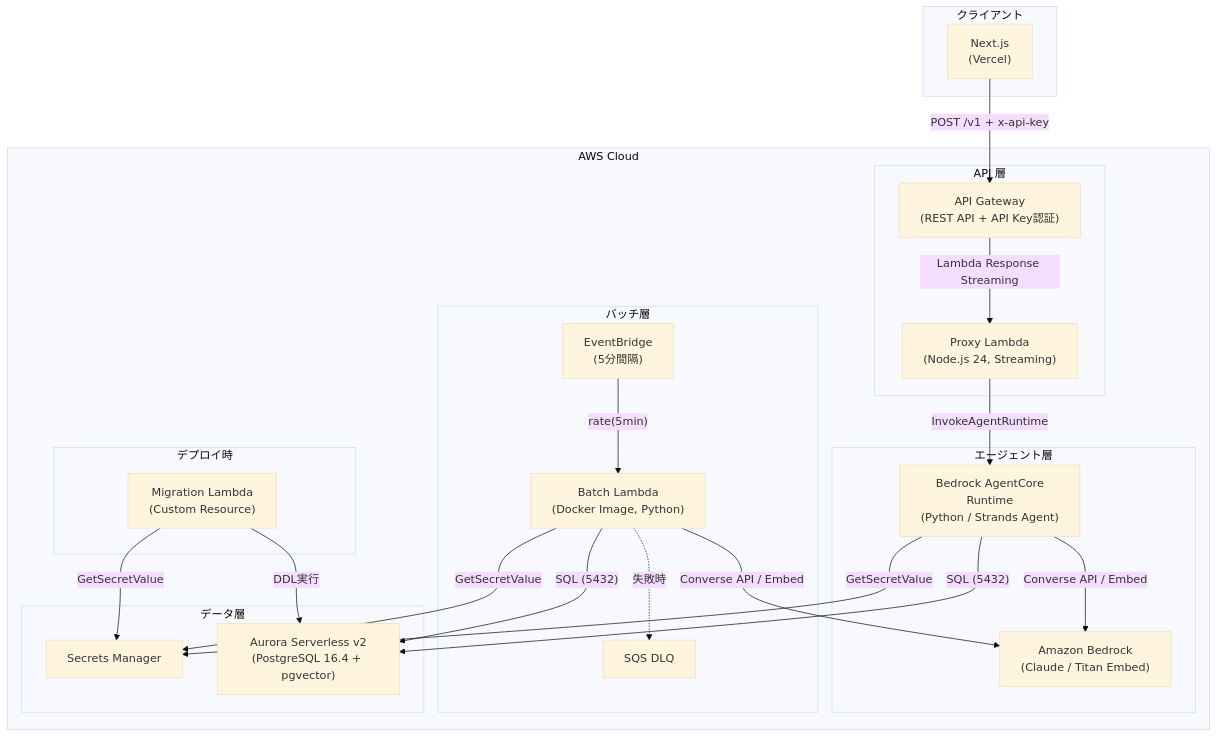
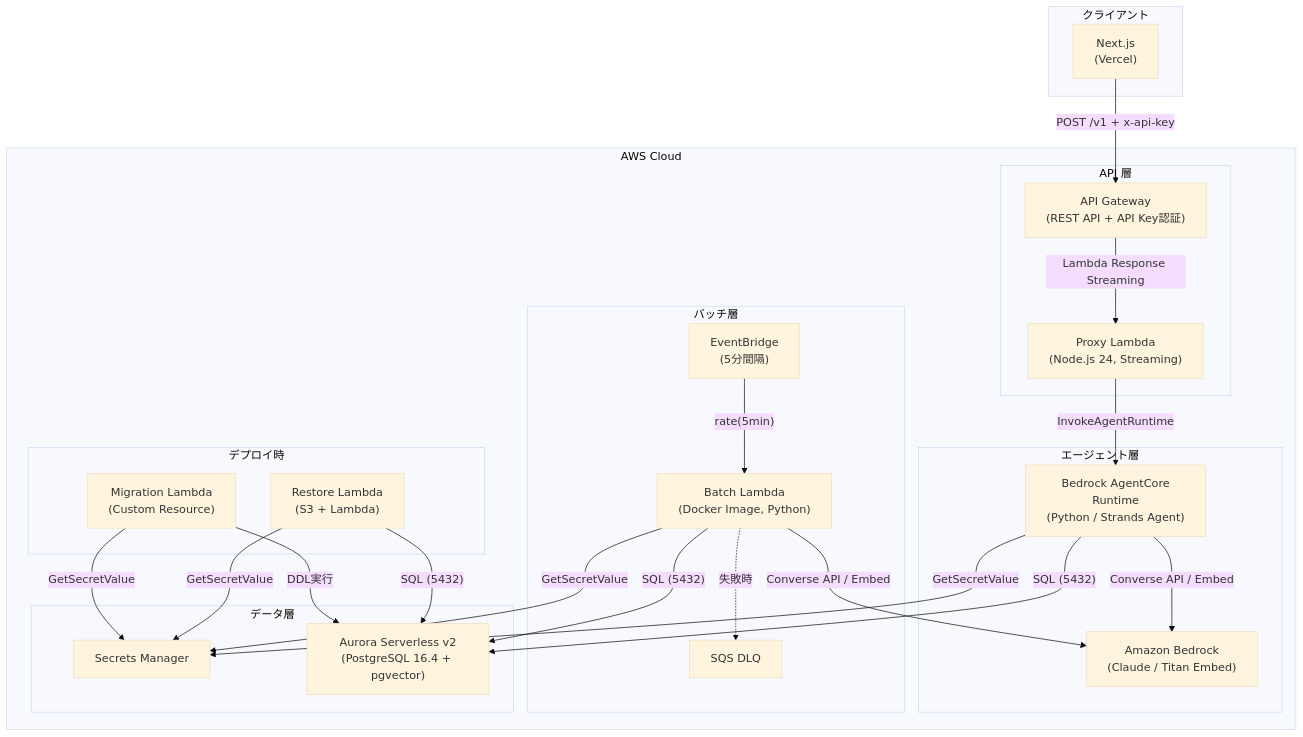
Before and after one commit to sori883/myfriend: the first of 2 diagrams in docs/設計/AWS/アーキテクチャ概要.md, drawn with Mermaid (base theme). The commit also changed other lines of this file and 23 other files, not shown here.

````diff
--- a/docs/設計/AWS/アーキテクチャ概要.md
+++ b/docs/設計/AWS/アーキテクチャ概要.md
@@ -9,49 +9,53 @@
 ```mermaid
 graph TB
     subgraph "クライアント"
         FE["Next.js<br/>(Vercel)"]
     end
 
     subgraph "AWS Cloud"
         subgraph "API 層"
             APIGW["API Gateway<br/>(REST API + API Key認証)"]
             PROXY["Proxy Lambda<br/>(Node.js 24, Streaming)"]
         end
 
         subgraph "エージェント層"
             AC["Bedrock AgentCore<br/>Runtime<br/>(Python / Strands Agent)"]
             BR["Amazon Bedrock<br/>(Claude / Titan Embed)"]
         end
 
         subgraph "バッチ層"
             EB["EventBridge<br/>(5分間隔)"]
             BATCH["Batch Lambda<br/>(Docker Image, Python)"]
             DLQ["SQS DLQ"]
         end
 
         subgraph "データ層"
             SM["Secrets Manager"]
             AURORA["Aurora Serverless v2<br/>(PostgreSQL 16.4 + pgvector)"]
         end
 
         subgraph "デプロイ時"
             MIG["Migration Lambda<br/>(Custom Resource)"]
+            RST["Restore Lambda<br/>(S3 + Lambda)"]
         end
     end
 
     FE -->|"POST /v1 + x-api-key"| APIGW
     APIGW -->|"Lambda Response Streaming"| PROXY
     PROXY -->|"InvokeAgentRuntime"| AC
     AC -->|"Converse API / Embed"| BR
     AC -->|"SQL (5432)"| AURORA
     AC -->|"GetSecretValue"| SM
 
     EB -->|"rate(5min)"| BATCH
     BATCH -->|"SQL (5432)"| AURORA
     BATCH -->|"Converse API / Embed"| BR
     BATCH -->|"GetSecretValue"| SM
     BATCH -.->|"失敗時"| DLQ
 
     MIG -->|"DDL実行"| AURORA
     MIG -->|"GetSecretValue"| SM
+
+    RST -->|"SQL (5432)"| AURORA
+    RST -->|"GetSecretValue"| SM
 ```
````
